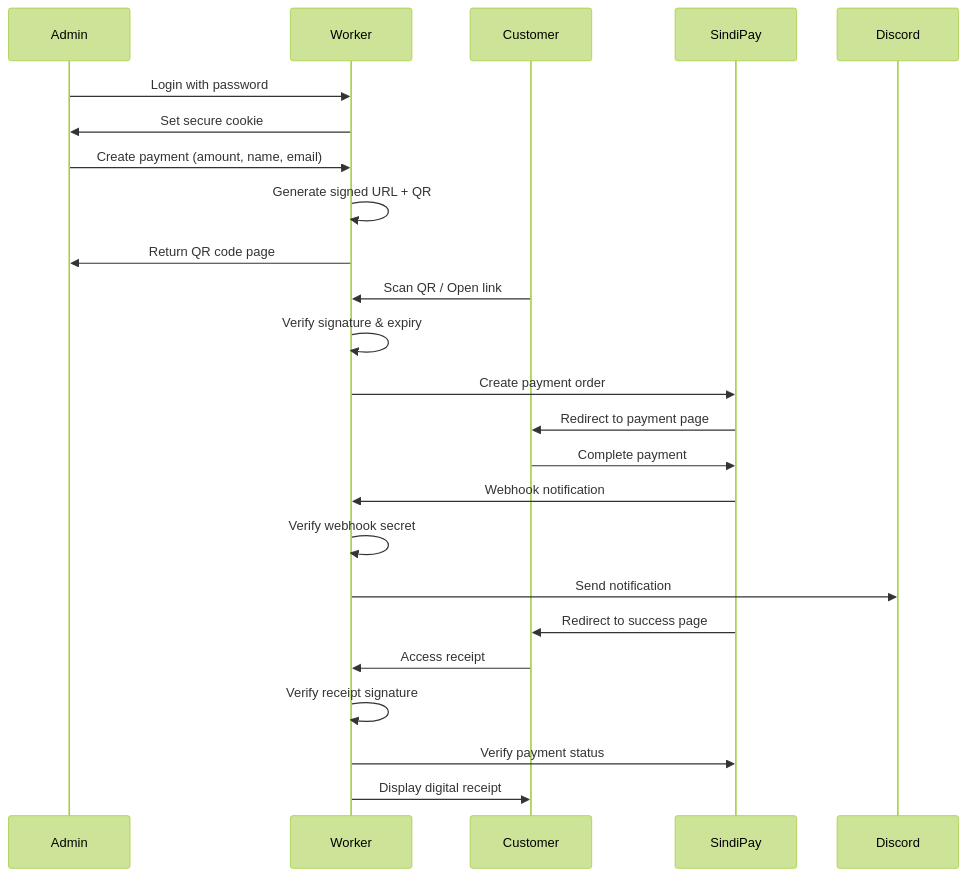
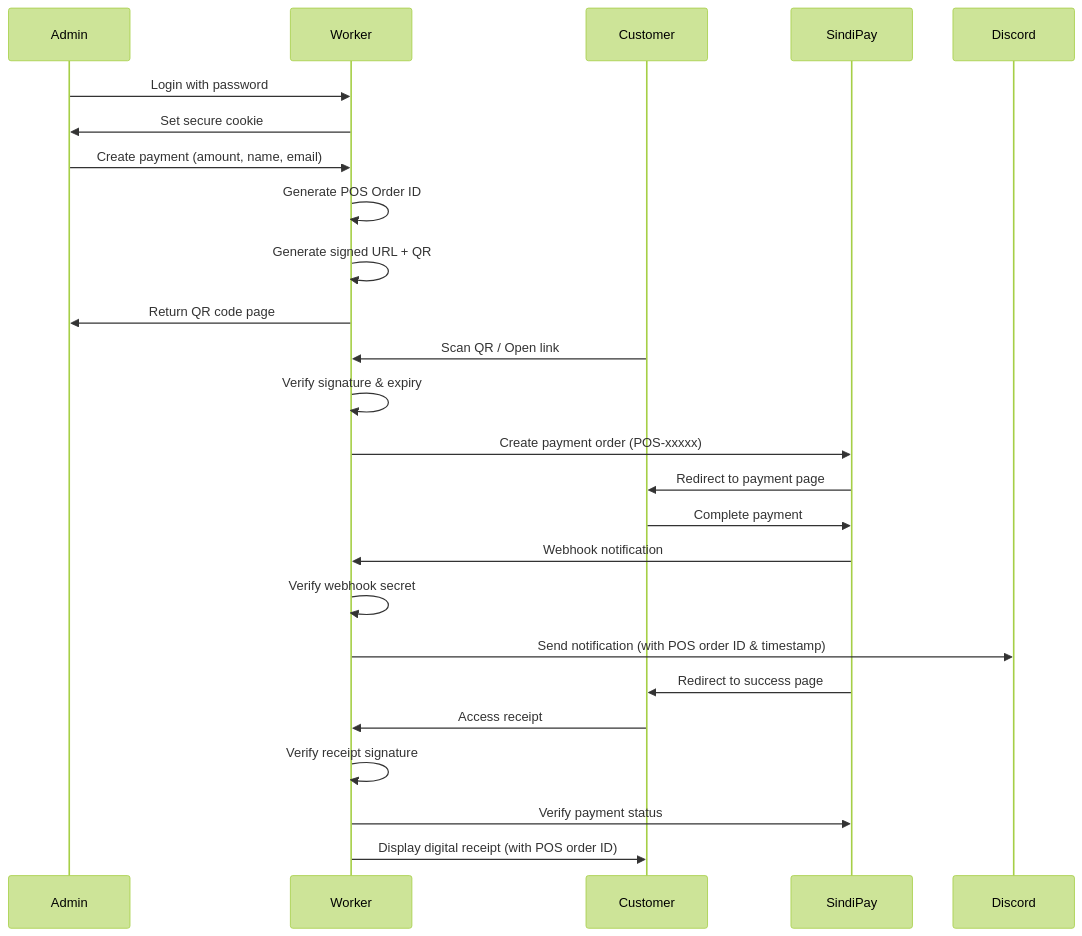
One commit to H190K/posterminal changed the diagram in README.md. Above: the diagram before and after it, drawn with Mermaid (forest theme). The commit also changed other lines of this file, not shown here.

First line of the commit message:
Update README with POS order ID and timestamp features

````diff
--- a/README.md
+++ b/README.md
@@ -93,31 +95,32 @@
 ```mermaid
 sequenceDiagram
     participant Admin
     participant Worker
     participant Customer
     participant SindiPay
     participant Discord
 
     Admin->>Worker: Login with password
     Worker->>Admin: Set secure cookie
     
     Admin->>Worker: Create payment (amount, name, email)
+    Worker->>Worker: Generate POS Order ID
     Worker->>Worker: Generate signed URL + QR
     Worker->>Admin: Return QR code page
     
     Customer->>Worker: Scan QR / Open link
     Worker->>Worker: Verify signature & expiry
-    Worker->>SindiPay: Create payment order
+    Worker->>SindiPay: Create payment order (POS-xxxxx)
     SindiPay->>Customer: Redirect to payment page
     
     Customer->>SindiPay: Complete payment
     SindiPay->>Worker: Webhook notification
     Worker->>Worker: Verify webhook secret
-    Worker->>Discord: Send notification
+    Worker->>Discord: Send notification (with POS order ID & timestamp)
     
     SindiPay->>Customer: Redirect to success page
     Customer->>Worker: Access receipt
     Worker->>Worker: Verify receipt signature
     Worker->>SindiPay: Verify payment status
-    Worker->>Customer: Display digital receipt
+    Worker->>Customer: Display digital receipt (with POS order ID)
 ```
````
